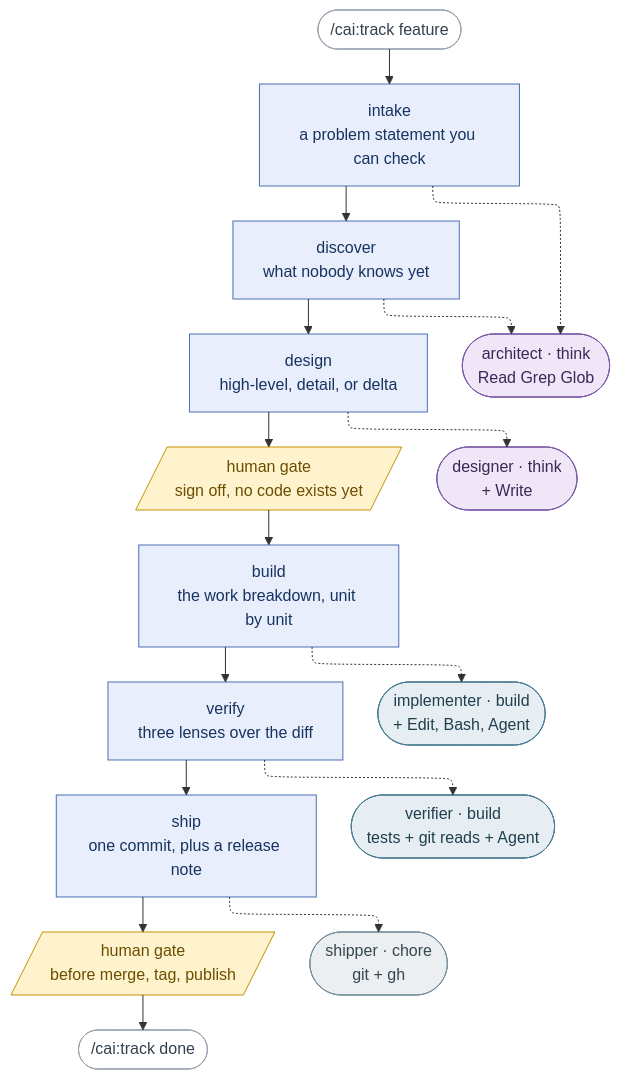
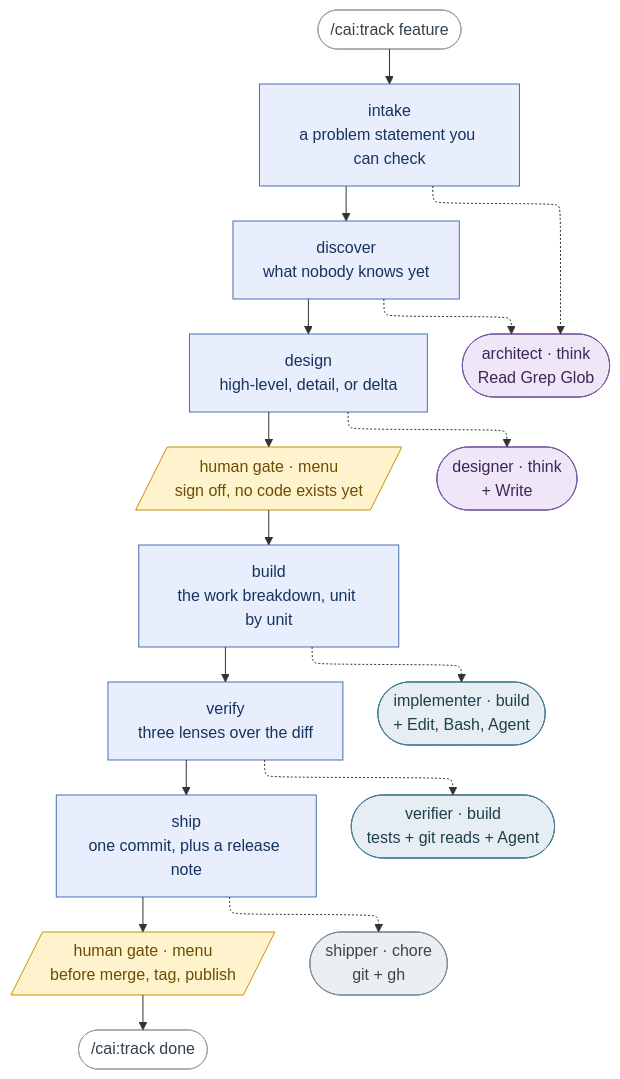
One commit to millerlai/claude-all-in-one changed the diagram in README.md. Above: the diagram before and after it, drawn with Mermaid. The commit also changed other lines of this file and 20 other files, not shown here.

First line of the commit message:
fix(cai): make option layout checkable and approval a menu (#73, #74) (#77)

````diff
--- a/README.md
+++ b/README.md
@@ -50,45 +53,45 @@
 ```mermaid
 ---
 config:
   flowchart:
     defaultRenderer: "elk"
 ---
 flowchart TB
     START(["/cai:track feature"]) --> S1
 
     S1["intake<br/>a problem statement you can check"] --> S2
     S2["discover<br/>what nobody knows yet"] --> S3
     S3["design<br/>high-level, detail, or delta"] --> HG1
-    HG1[/"human gate<br/>sign off, no code exists yet"/] --> S4
+    HG1[/"human gate · menu<br/>sign off, no code exists yet"/] --> S4
     S4["build<br/>the work breakdown, unit by unit"] --> S5
     S5["verify<br/>three lenses over the diff"] --> S6
     S6["ship<br/>one commit, plus a release note"] --> HG2
-    HG2[/"human gate<br/>before merge, tag, publish"/] --> DONE(["/cai:track done"])
+    HG2[/"human gate · menu<br/>before merge, tag, publish"/] --> DONE(["/cai:track done"])
 
     S1 -.-> AR
     S2 -.-> AR
     S3 -.-> DE
     S4 -.-> IM
     S5 -.-> VE
     S6 -.-> SH
 
     AR(["architect · think<br/>Read Grep Glob"])
     DE(["designer · think<br/>+ Write"])
     IM(["implementer · build<br/>+ Edit, Bash, Agent"])
     VE(["verifier · build<br/>tests + git reads + Agent"])
     SH(["shipper · chore<br/>git + gh"])
 
     classDef stage fill:#e8eefc,stroke:#4a6fb5,color:#17335f
     classDef human fill:#fff3cd,stroke:#c79100,color:#6b4e00
     classDef think fill:#efe6f7,stroke:#7d5ba6,color:#3d2757
     classDef build fill:#e6eef3,stroke:#4a7c94,color:#1f3f4d
     classDef chore fill:#eceff1,stroke:#78909c,color:#37474f
     classDef ends fill:#ffffff,stroke:#9aa5b1,color:#33404d
 
     class S1,S2,S3,S4,S5,S6 stage
     class HG1,HG2 human
     class AR,DE think
     class IM,VE build
     class SH chore
     class START,DONE ends
 ```
````
